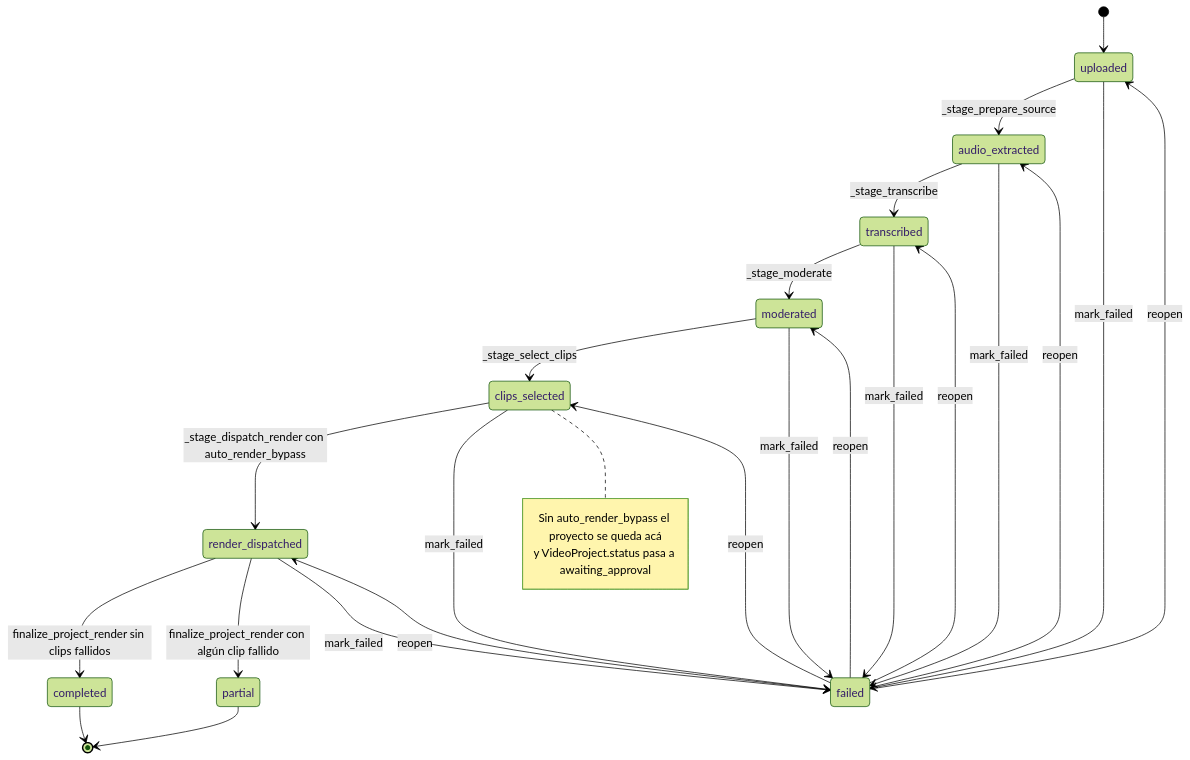
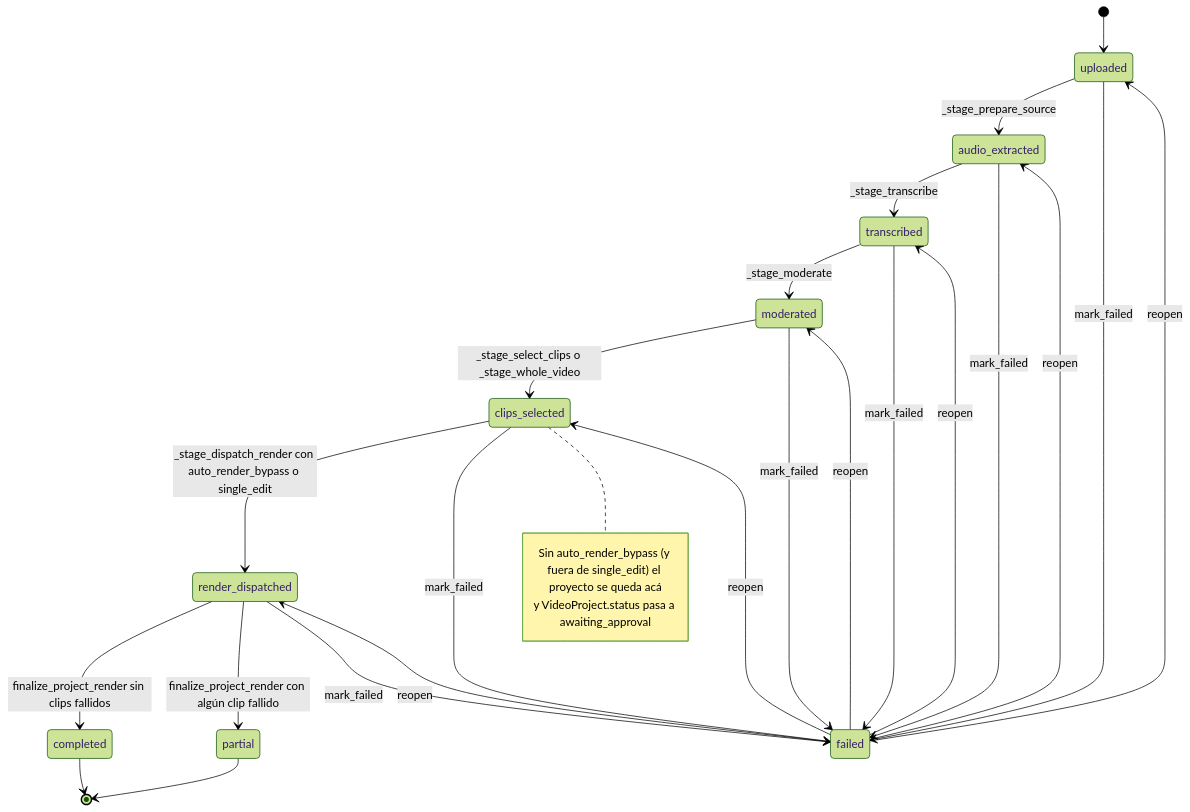
One commit to RomeKai/videoeditUTN changed the second of 5 diagrams in documents/ia/02-pipeline-de-ingesta.md. Above: the diagram before and after it, drawn with Mermaid (forest theme). The commit also changed other lines of this file and 7 other files, not shown here.

First line of the commit message:
feat(ia): pipeline propio para "Editar el video completo" (single_edit)

````diff
--- a/documents/ia/02-pipeline-de-ingesta.md
+++ b/documents/ia/02-pipeline-de-ingesta.md
@@ -80,29 +80,29 @@
 ```mermaid
 stateDiagram-v2
     [*] --> uploaded
     uploaded --> audio_extracted: _stage_prepare_source
     audio_extracted --> transcribed: _stage_transcribe
     transcribed --> moderated: _stage_moderate
-    moderated --> clips_selected: _stage_select_clips
-    clips_selected --> render_dispatched: _stage_dispatch_render con auto_render_bypass
+    moderated --> clips_selected: _stage_select_clips o _stage_whole_video
+    clips_selected --> render_dispatched: _stage_dispatch_render con auto_render_bypass o single_edit
     render_dispatched --> completed: finalize_project_render sin clips fallidos
     render_dispatched --> partial: finalize_project_render con algún clip fallido
     uploaded --> failed: mark_failed
     audio_extracted --> failed: mark_failed
     transcribed --> failed: mark_failed
     moderated --> failed: mark_failed
     clips_selected --> failed: mark_failed
     render_dispatched --> failed: mark_failed
     failed --> uploaded: reopen
     failed --> audio_extracted: reopen
     failed --> transcribed: reopen
     failed --> moderated: reopen
     failed --> clips_selected: reopen
     failed --> render_dispatched: reopen
     completed --> [*]
     partial --> [*]
     note right of clips_selected
-        Sin auto_render_bypass el proyecto se queda acá
+        Sin auto_render_bypass (y fuera de single_edit) el proyecto se queda acá
         y VideoProject.status pasa a awaiting_approval
     end note
 ```
````
